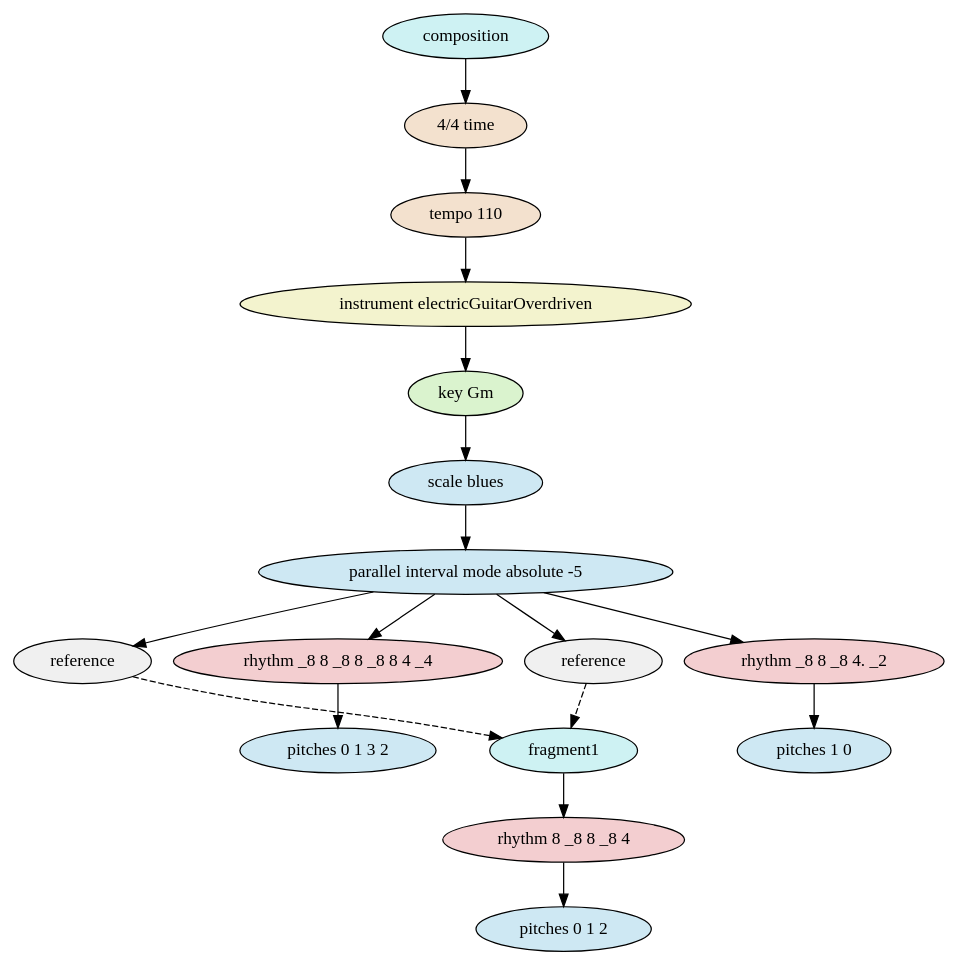
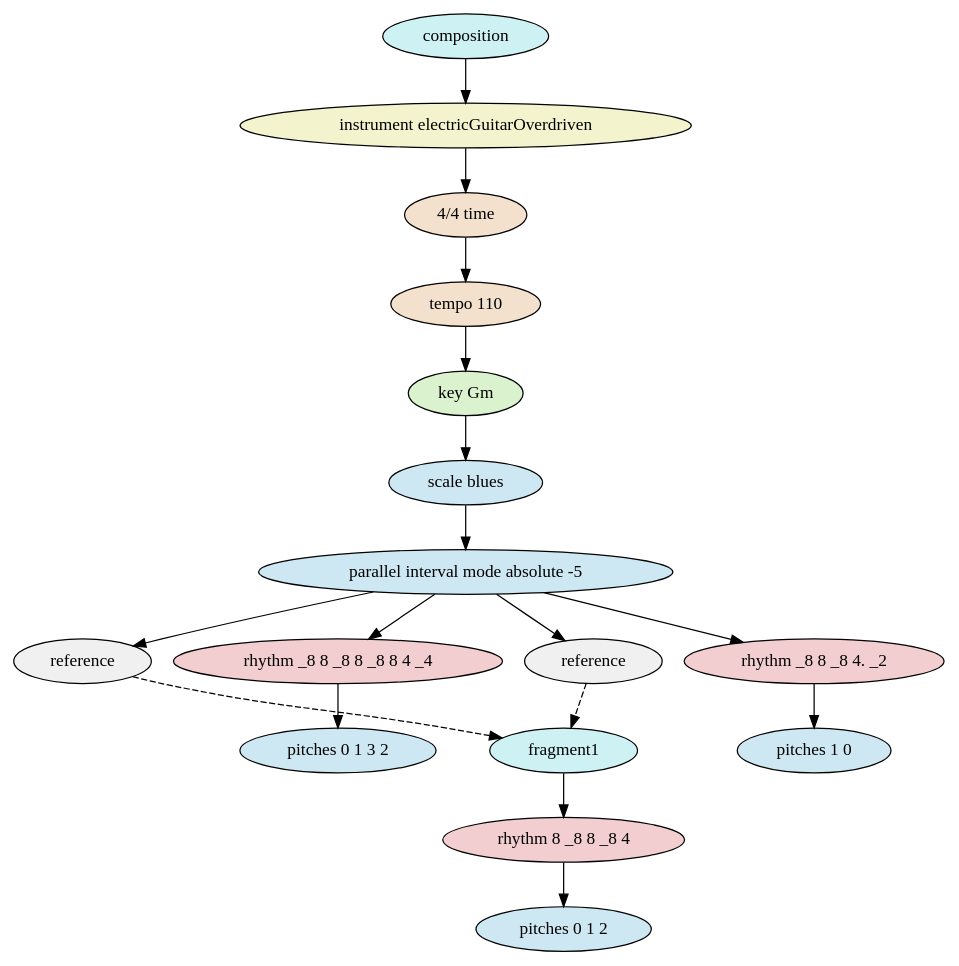
The diagram in Compositions/Deep Purple/Smoke On The Water/SmokeOnTheWater_ContextTreeModel.dot (david-pace/mps-examples), drawn with Graphviz before and after one commit. The commit also changed 2 other files, not shown here.

```diff
--- a/Compositions/Deep Purple/Smoke On The Water/SmokeOnTheWater_ContextTreeModel.dot
+++ b/Compositions/Deep Purple/Smoke On The Water/SmokeOnTheWater_ContextTreeModel.dot
@@ -1,35 +1,35 @@
 digraph compositionModel {
     graph [ordering="out"];
     n0 [fillcolor="#cef2f3",style="filled",label="composition"];
-    n1 [fillcolor="#f3e1ce",style="filled",label="4/4 time"];
+    n1 [fillcolor="#f3f3ce",style="filled",label="instrument electricGuitarOverdriven"];
     n0 -> n1;
-    n2 [fillcolor="#f3e1ce",style="filled",label="tempo 110"];
+    n2 [fillcolor="#f3e1ce",style="filled",label="4/4 time"];
     n1 -> n2;
-    n3 [fillcolor="#f3f3ce",style="filled",label="instrument electricGuitarOverdriven"];
+    n3 [fillcolor="#f3e1ce",style="filled",label="tempo 110"];
     n2 -> n3;
     n4 [fillcolor="#daf3ce",style="filled",label="key Gm"];
     n3 -> n4;
     n5 [fillcolor="#cee8f3",style="filled",label="scale blues"];
     n4 -> n5;
     n6 [fillcolor="#cee8f3",style="filled",label="parallel interval mode absolute -5"];
     n5 -> n6;
     n7 [fillcolor="#f0f0f0",style="filled",label="reference"];
     n6 -> n7;
     n8 [fillcolor="#f3ced0",style="filled",label="rhythm _8 8 _8 8 _8 8 4 _4"];
     n6 -> n8;
     n9 [fillcolor="#cee8f3",style="filled",label="pitches 0 1 3 2"];
     n8 -> n9;
     n10 [fillcolor="#f0f0f0",style="filled",label="reference"];
     n6 -> n10;
     n11 [fillcolor="#f3ced0",style="filled",label="rhythm _8 8 _8 4. _2"];
     n6 -> n11;
     n12 [fillcolor="#cee8f3",style="filled",label="pitches 1 0"];
     n11 -> n12;
     n13 [fillcolor="#cef2f3",style="filled",label="fragment1"];
     n14 [fillcolor="#f3ced0",style="filled",label="rhythm 8 _8 8 _8 4"];
     n13 -> n14;
     n15 [fillcolor="#cee8f3",style="filled",label="pitches 0 1 2"];
     n14 -> n15;
     n7 -> n13 [style="dashed"];
     n10 -> n13 [style="dashed"];
 }
```
